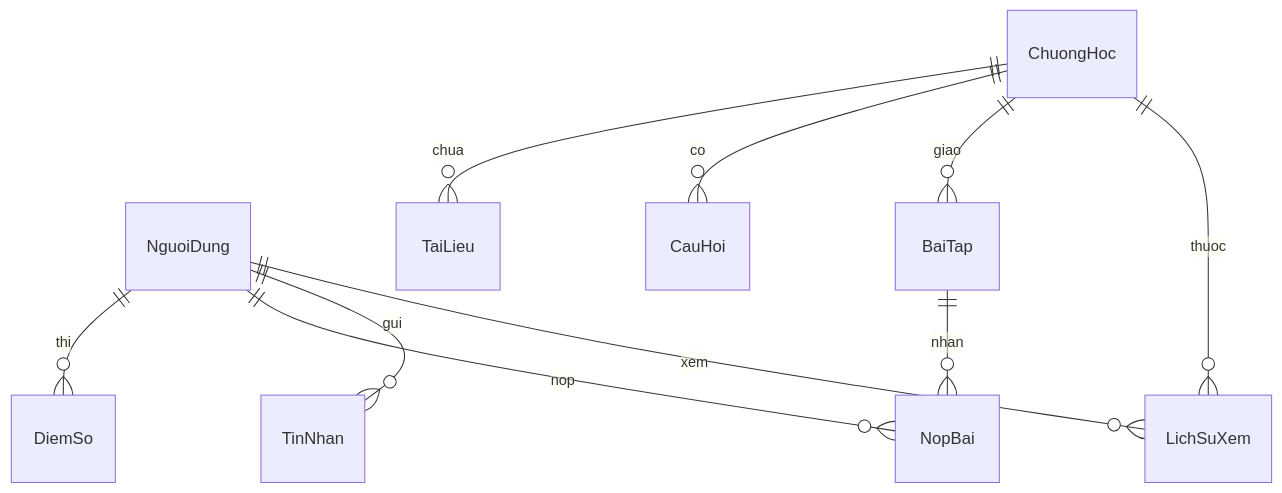
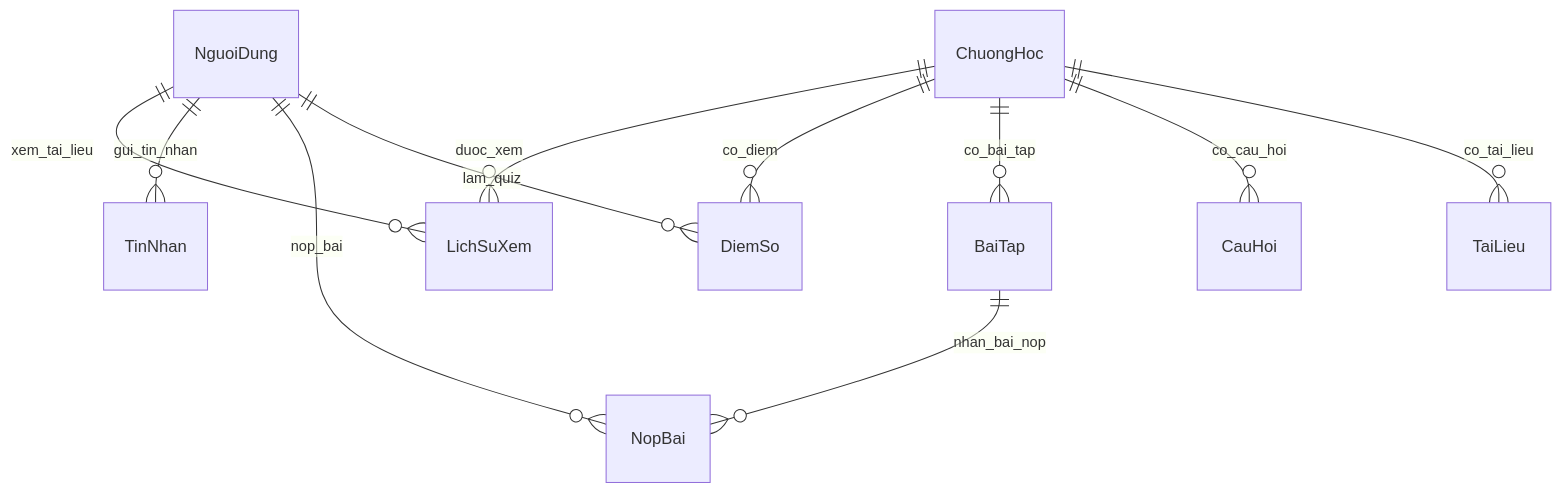
The second of 4 diagrams in README.md (PhucDnag/App_QuanLyHocTap), drawn with Mermaid before and after one commit. The commit also changed other lines of this file, not shown here.

````diff
--- a/README.md
+++ b/README.md
@@ -48,12 +275,13 @@
 ```mermaid
 erDiagram
-    NguoiDung ||--o{ DiemSo : "thi"
-    NguoiDung ||--o{ NopBai : "nop"
-    NguoiDung ||--o{ TinNhan : "gui"
-    NguoiDung ||--o{ LichSuXem : "xem"
-    ChuongHoc ||--o{ TaiLieu : "chua"
-    ChuongHoc ||--o{ CauHoi : "co"
-    ChuongHoc ||--o{ BaiTap : "giao"
-    ChuongHoc ||--o{ LichSuXem : "thuoc"
-    BaiTap ||--o{ NopBai : "nhan"
+    NguoiDung ||--o{ DiemSo : lam_quiz
+    NguoiDung ||--o{ NopBai : nop_bai
+    NguoiDung ||--o{ TinNhan : gui_tin_nhan
+    NguoiDung ||--o{ LichSuXem : xem_tai_lieu
+    ChuongHoc ||--o{ TaiLieu : co_tai_lieu
+    ChuongHoc ||--o{ CauHoi : co_cau_hoi
+    ChuongHoc ||--o{ BaiTap : co_bai_tap
+    ChuongHoc ||--o{ DiemSo : co_diem
+    ChuongHoc ||--o{ LichSuXem : duoc_xem
+    BaiTap ||--o{ NopBai : nhan_bai_nop
 ```
````
